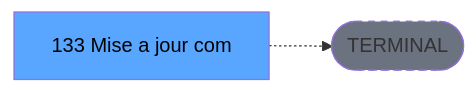
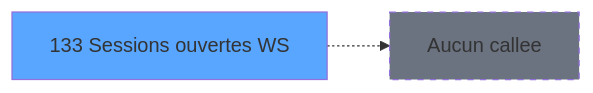
One commit to thonyAGP/magic-migration changed the third of 3 diagrams in .openspec/specs/ADH-IDE-133.md. Above: the diagram before and after it, drawn with Mermaid. The commit also changed other lines of this file and 311 other files, not shown here.

````diff
--- a/.openspec/specs/ADH-IDE-133.md
+++ b/.openspec/specs/ADH-IDE-133.md
@@ -143,8 +163,8 @@
 ```mermaid
 graph LR
-    T[133 Mise a jour com]
-    TERM([TERMINAL])
-    T -.-> TERM
-    style TERM fill:#6b7280,stroke-dasharray: 5 5
-    style T fill:#58a6ff,color:#000
+    T133[133 Sessions ouvertes WS]
+    style T133 fill:#58a6ff
+    NONE[Aucun callee]
+    T133 -.-> NONE
+    style NONE fill:#6b7280,stroke-dasharray: 5 5
 ```
````
